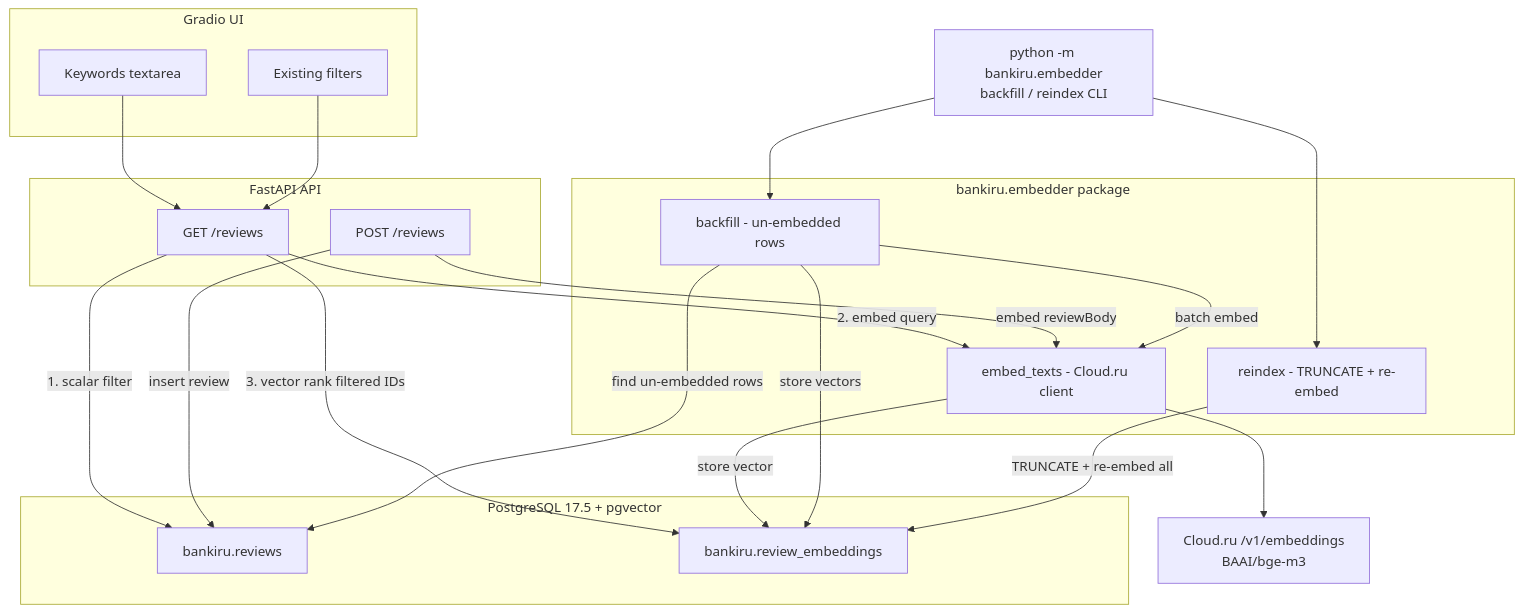
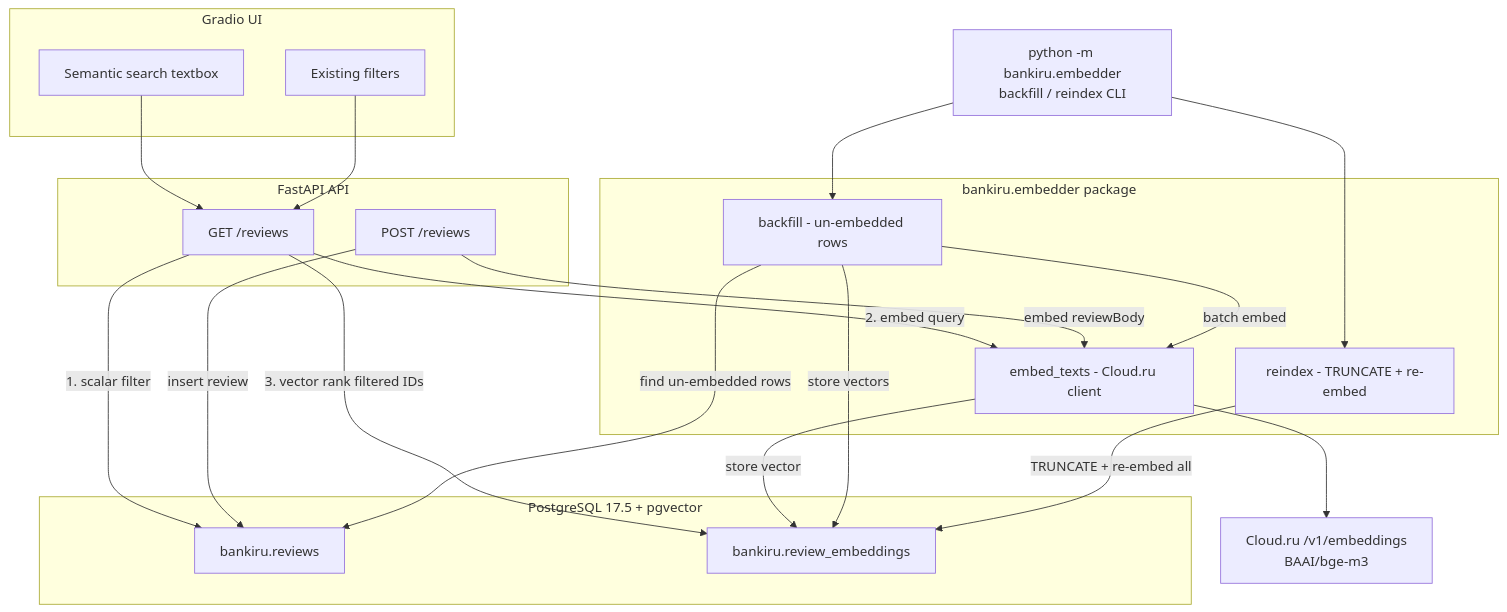
Before and after one commit to EvgenyMeredelin/bankiru-reviews: the first of 4 diagrams in plans/semantic-search.md, drawn with Mermaid. The commit also changed other lines of this file and 8 other files, not shown here.

First line of the commit message:
feat: improve semantic search quality and refresh UI/docs

````diff
--- a/plans/semantic-search.md
+++ b/plans/semantic-search.md
@@ -18,46 +18,46 @@
 ```mermaid
 flowchart TD
     subgraph UI [Gradio UI]
-        keywords[Keywords textarea]
+        keywords[Semantic search textbox]
         filters[Existing filters]
     end
 
     subgraph API [FastAPI API]
         get_reviews[GET /reviews]
         post_reviews[POST /reviews]
     end
 
     subgraph Embedder [bankiru.embedder package]
         embed_fn[embed_texts - Cloud.ru client]
         backfill_fn[backfill - un-embedded rows]
         reindex_fn[reindex - TRUNCATE + re-embed]
     end
 
     reindex_cli[python -m bankiru.embedder\nbackfill / reindex CLI]
 
     subgraph DB [PostgreSQL 17.5 + pgvector]
         reviews_table[bankiru.reviews]
         embeddings_table[bankiru.review_embeddings]
     end
 
     cloudru[Cloud.ru /v1/embeddings\nBAAI/bge-m3]
 
     keywords --> get_reviews
     filters --> get_reviews
     get_reviews -->|1. scalar filter| reviews_table
     get_reviews -->|2. embed query| embed_fn
     embed_fn --> cloudru
     get_reviews -->|3. vector rank filtered IDs| embeddings_table
 
     post_reviews -->|insert review| reviews_table
     post_reviews -->|embed reviewBody| embed_fn
     embed_fn -->|store vector| embeddings_table
 
     backfill_fn -->|find un-embedded rows| reviews_table
     backfill_fn -->|batch embed| embed_fn
     backfill_fn -->|store vectors| embeddings_table
 
     reindex_cli --> reindex_fn
     reindex_cli --> backfill_fn
     reindex_fn -->|TRUNCATE + re-embed all| embeddings_table
 ```
````
